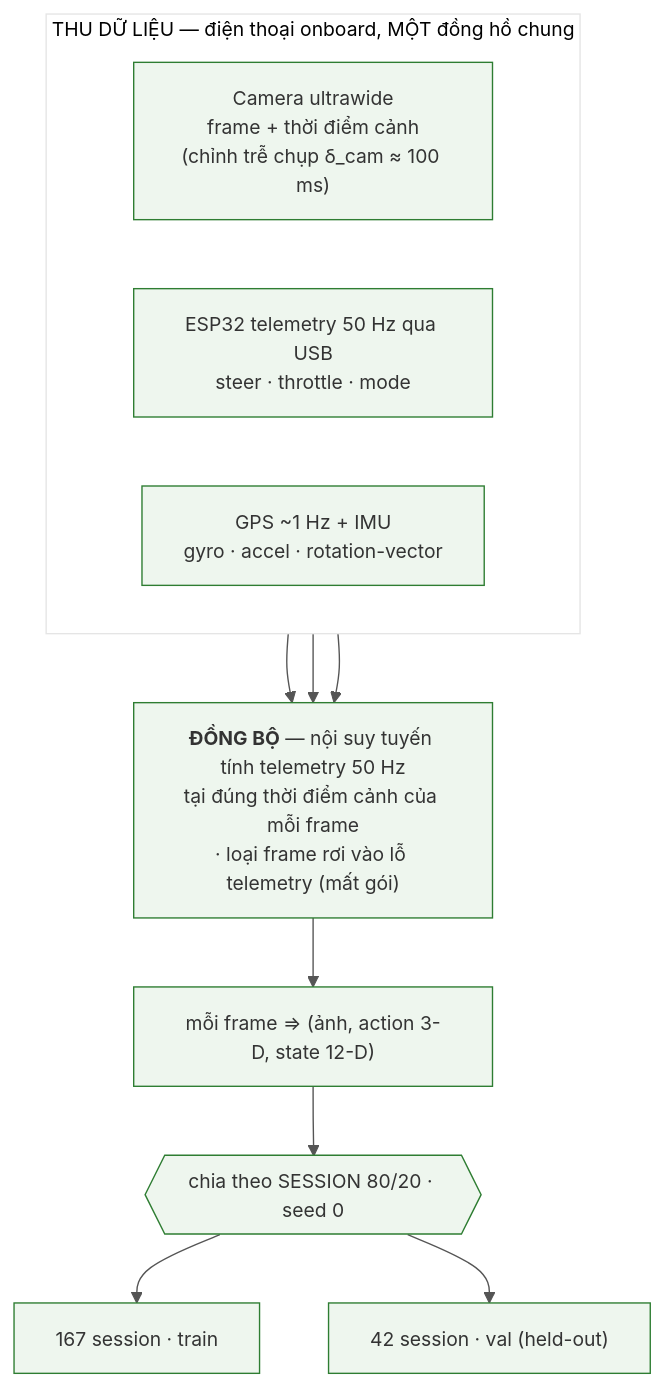
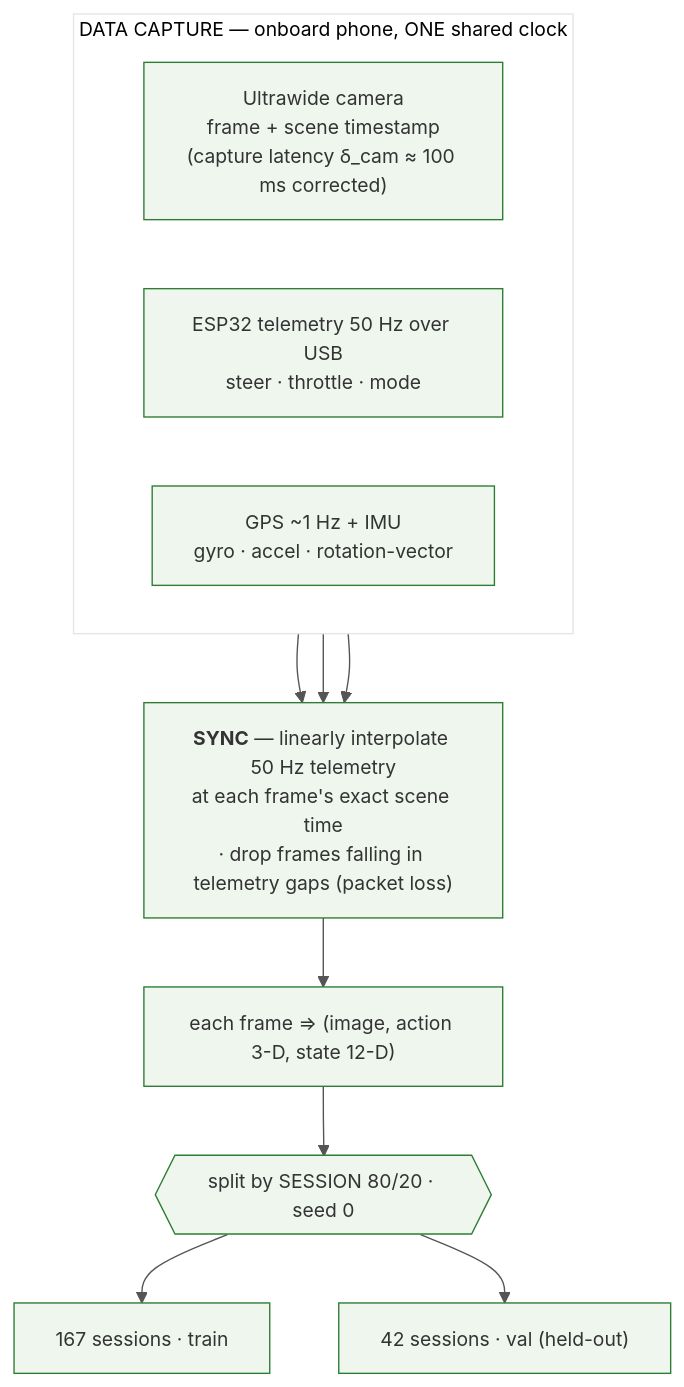
Before and after one commit to Anakonkai01/JEPA: the diagram in docs/report/figures/src/data_pipeline.mmd, drawn with Mermaid. The commit also changed 36 other files, not shown here.

```diff
--- a/docs/report/figures/src/data_pipeline.mmd
+++ b/docs/report/figures/src/data_pipeline.mmd
@@ -1,16 +1,16 @@
 %%{init: {'theme':'base','themeVariables':{'fontSize':'14px','primaryColor':'#eef6ee','primaryBorderColor':'#2e7d32','lineColor':'#555'}}}%%
 flowchart TB
-  subgraph REC["THU DỮ LIỆU — điện thoại onboard, MỘT đồng hồ chung"]
+  subgraph REC["DATA CAPTURE — onboard phone, ONE shared clock"]
     direction LR
-    CAM["Camera ultrawide<br/>frame + thời điểm cảnh<br/>(chỉnh trễ chụp δ_cam ≈ 100 ms)"]
-    TEL["ESP32 telemetry 50 Hz qua USB<br/>steer · throttle · mode"]
+    CAM["Ultrawide camera<br/>frame + scene timestamp<br/>(capture latency δ_cam ≈ 100 ms corrected)"]
+    TEL["ESP32 telemetry 50 Hz over USB<br/>steer · throttle · mode"]
     SEN["GPS ~1 Hz + IMU<br/>gyro · accel · rotation-vector"]
   end
   CAM --> SYNC
   TEL --> SYNC
   SEN --> SYNC
-  SYNC["<b>ĐỒNG BỘ</b> — nội suy tuyến tính telemetry 50 Hz<br/>tại đúng thời điểm cảnh của mỗi frame<br/>· loại frame rơi vào lỗ telemetry (mất gói)"]
-  SYNC --> PAIR["mỗi frame ⇒ (ảnh, action 3-D, state 12-D)"]
-  PAIR --> SPLIT{{"chia theo SESSION 80/20 · seed 0"}}
-  SPLIT --> TR["167 session · train"]
-  SPLIT --> VA["42 session · val (held-out)"]
+  SYNC["<b>SYNC</b> — linearly interpolate 50 Hz telemetry<br/>at each frame's exact scene time<br/>· drop frames falling in telemetry gaps (packet loss)"]
+  SYNC --> PAIR["each frame ⇒ (image, action 3-D, state 12-D)"]
+  PAIR --> SPLIT{{"split by SESSION 80/20 · seed 0"}}
+  SPLIT --> TR["167 sessions · train"]
+  SPLIT --> VA["42 sessions · val (held-out)"]
```
